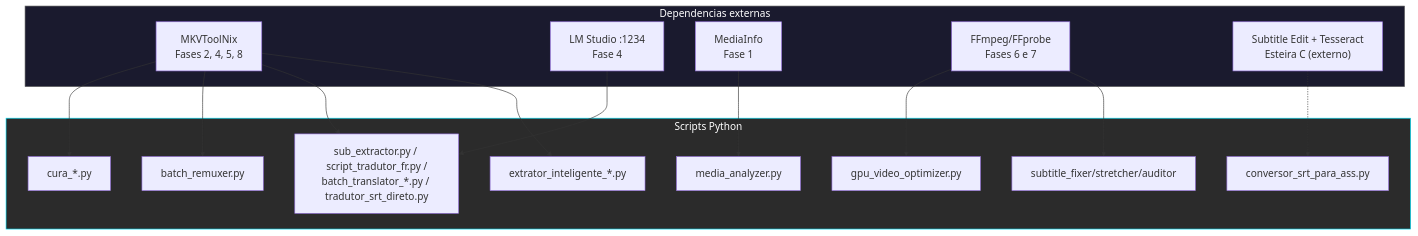
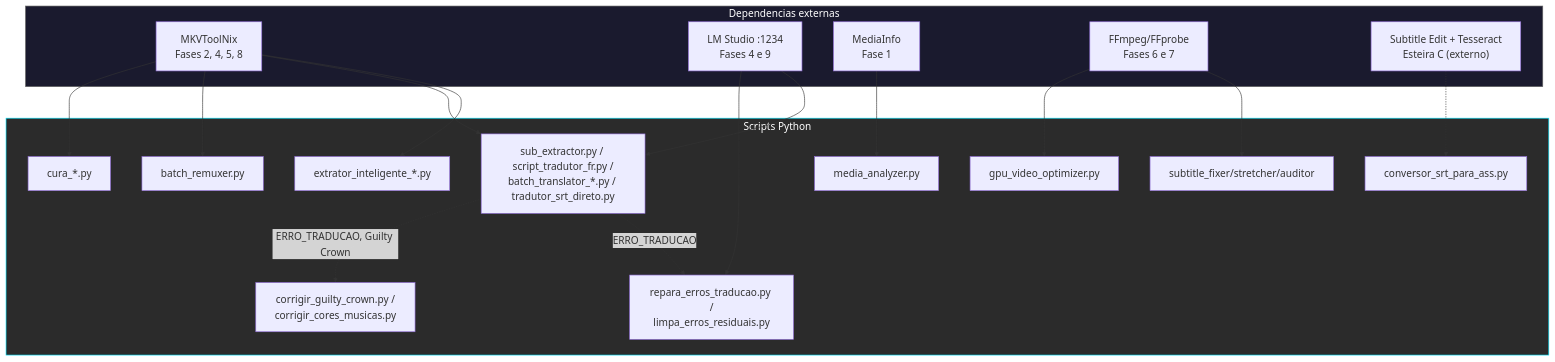
One commit to carmipa/projeto-tracker-animes-traducao changed the ninth of 9 diagrams in docs/arquitetura.md. Above: the diagram before and after it, drawn with Mermaid. The commit also changed other lines of this file and 12 other files, not shown here.

Commit message:
docs: add module documentation and comprehensive guide for Guilty Crown workflow and repository architecture.

````diff
--- a/docs/arquitetura.md
+++ b/docs/arquitetura.md
@@ -237,34 +296,39 @@
 ```mermaid
 flowchart TB
     subgraph DEP["Dependencias externas"]
         MKVT["MKVToolNix\nFases 2, 4, 5, 8"]
-        LM["LM Studio :1234\nFase 4"]
+        LM["LM Studio :1234\nFases 4 e 9"]
         MI["MediaInfo\nFase 1"]
         FF["FFmpeg/FFprobe\nFases 6 e 7"]
         OCRX["Subtitle Edit + Tesseract\nEsteira C (externo)"]
     end
 
     subgraph PY["Scripts Python"]
         S1["media_analyzer.py"]
         S2["extrator_inteligente_*.py"]
         S3["conversor_srt_para_ass.py"]
         S4["sub_extractor.py / script_tradutor_fr.py /\nbatch_translator_*.py / tradutor_srt_direto.py"]
         S5["batch_remuxer.py"]
         S6["subtitle_fixer/stretcher/auditor"]
         S7["gpu_video_optimizer.py"]
         S8["cura_*.py"]
+        S9["repara_erros_traducao.py /\nlimpa_erros_residuais.py"]
+        S10["corrigir_guilty_crown.py /\ncorrigir_cores_musicas.py"]
     end
 
     MI --> S1
     MKVT --> S2
     MKVT --> S4
     MKVT --> S5
     MKVT --> S8
     LM --> S4
+    LM --> S9
     FF --> S6
     FF --> S7
     OCRX -.-> S3
+    S4 -.->|ERRO_TRADUCAO| S9
+    S4 -.->|ERRO_TRADUCAO, Guilty Crown| S10
 
     style DEP fill:#1a1a2e,stroke:#666,color:#fff
     style PY fill:#2b2b2b,stroke:#00E5FF,color:#fff
 ```
````
